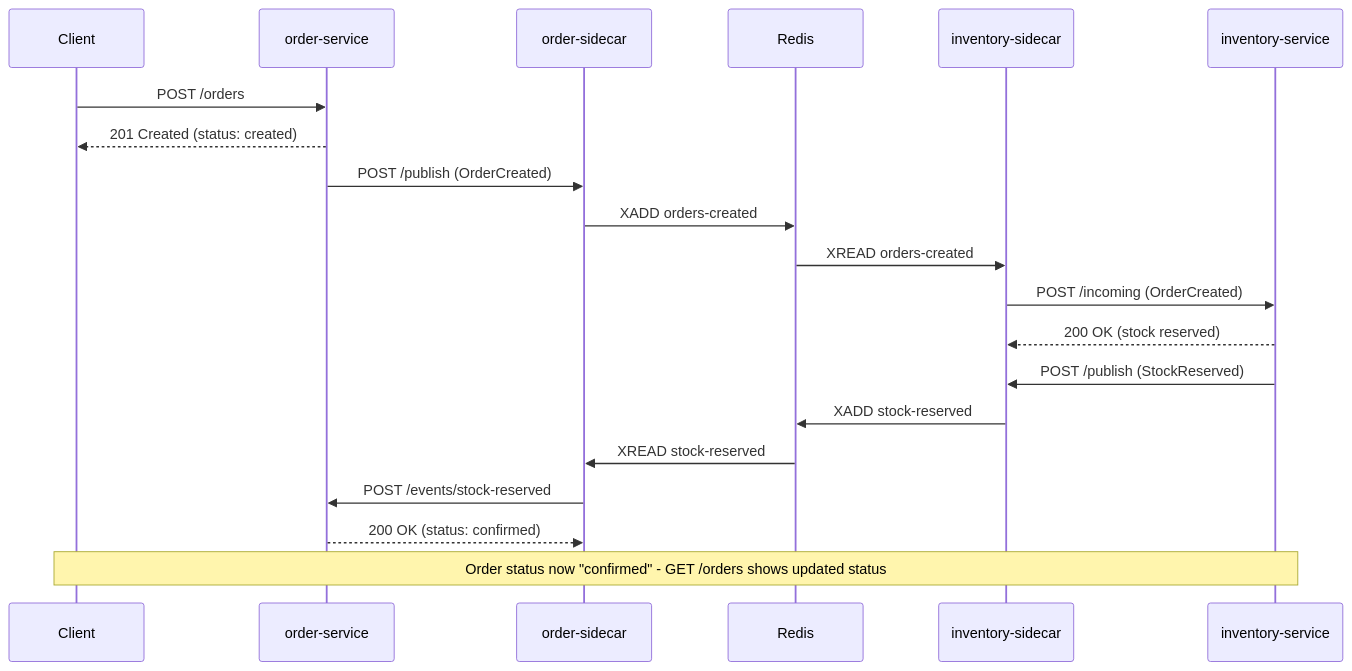
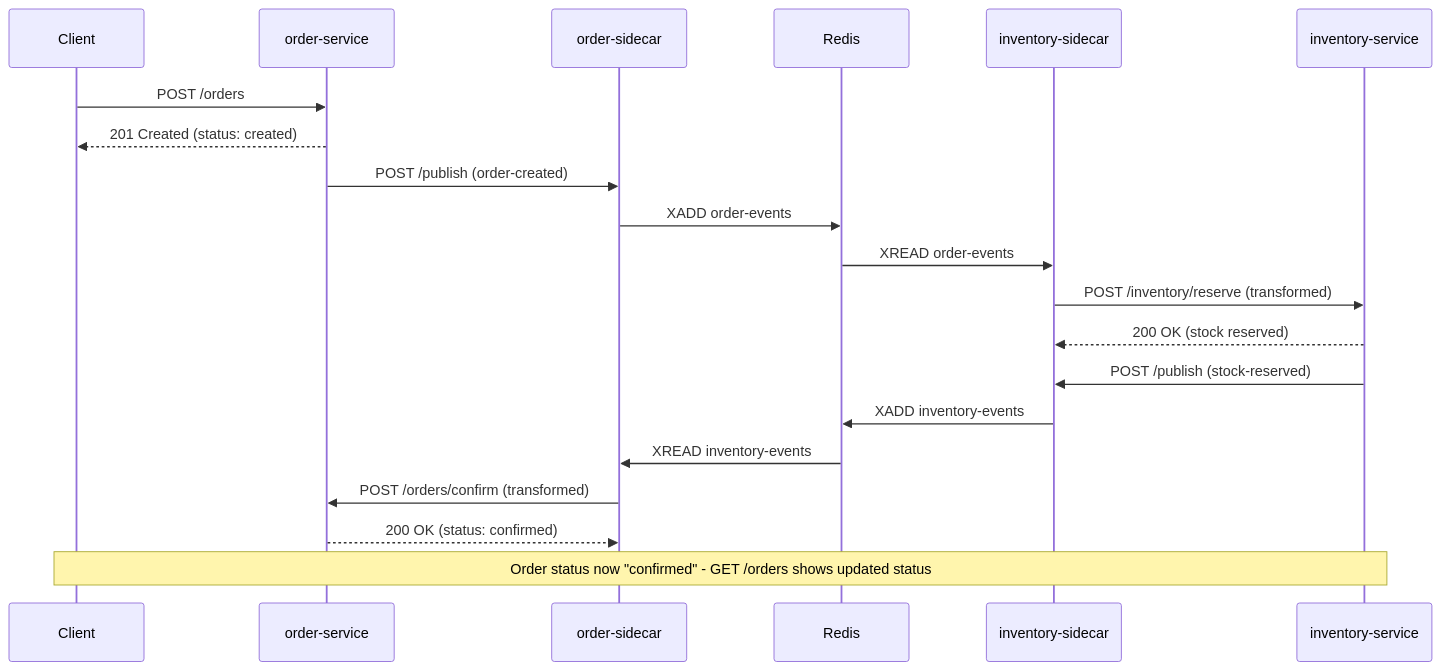
Before and after one commit to filozofira/spas: the first of 5 diagrams in examples/README.md, drawn with Mermaid. The commit also changed other lines of this file and 55 other files, not shown here.

````diff
--- a/examples/README.md
+++ b/examples/README.md
@@ -230,28 +251,28 @@
 ```mermaid
 sequenceDiagram
     participant Client
     participant OrderService as order-service
     participant Order-Sidecar as order-sidecar
     participant Redis
     participant Inv-Sidecar as inventory-sidecar
     participant InventoryService as inventory-service
 
     Client->>OrderService: POST /orders
     OrderService-->>Client: 201 Created (status: created)
 
-    OrderService->>Order-Sidecar: POST /publish (OrderCreated)
-    Order-Sidecar->>Redis: XADD orders-created
+    OrderService->>Order-Sidecar: POST /publish (order-created)
+    Order-Sidecar->>Redis: XADD order-events
 
-    Redis->>Inv-Sidecar: XREAD orders-created
-    Inv-Sidecar->>InventoryService: POST /incoming (OrderCreated)
+    Redis->>Inv-Sidecar: XREAD order-events
+    Inv-Sidecar->>InventoryService: POST /inventory/reserve (transformed)
     InventoryService-->>Inv-Sidecar: 200 OK (stock reserved)
 
-    InventoryService->>Inv-Sidecar: POST /publish (StockReserved)
-    Inv-Sidecar->>Redis: XADD stock-reserved
+    InventoryService->>Inv-Sidecar: POST /publish (stock-reserved)
+    Inv-Sidecar->>Redis: XADD inventory-events
 
-    Redis->>Order-Sidecar: XREAD stock-reserved
-    Order-Sidecar->>OrderService: POST /events/stock-reserved
+    Redis->>Order-Sidecar: XREAD inventory-events
+    Order-Sidecar->>OrderService: POST /orders/confirm (transformed)
     OrderService-->>Order-Sidecar: 200 OK (status: confirmed)
 
     Note over Client,InventoryService: Order status now "confirmed" - GET /orders shows updated status
 ```
````
